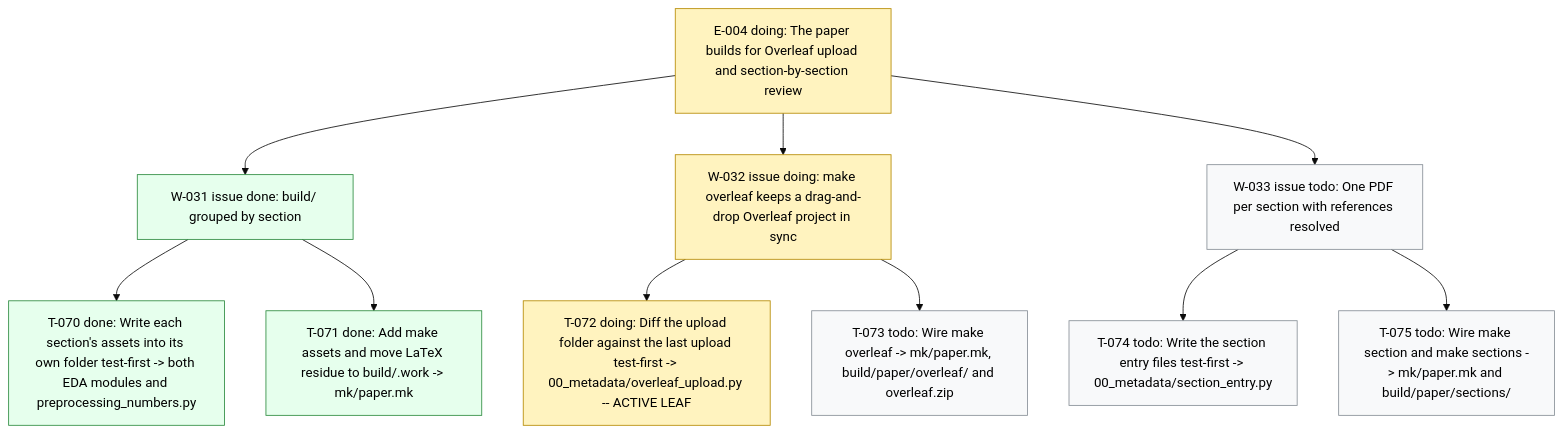
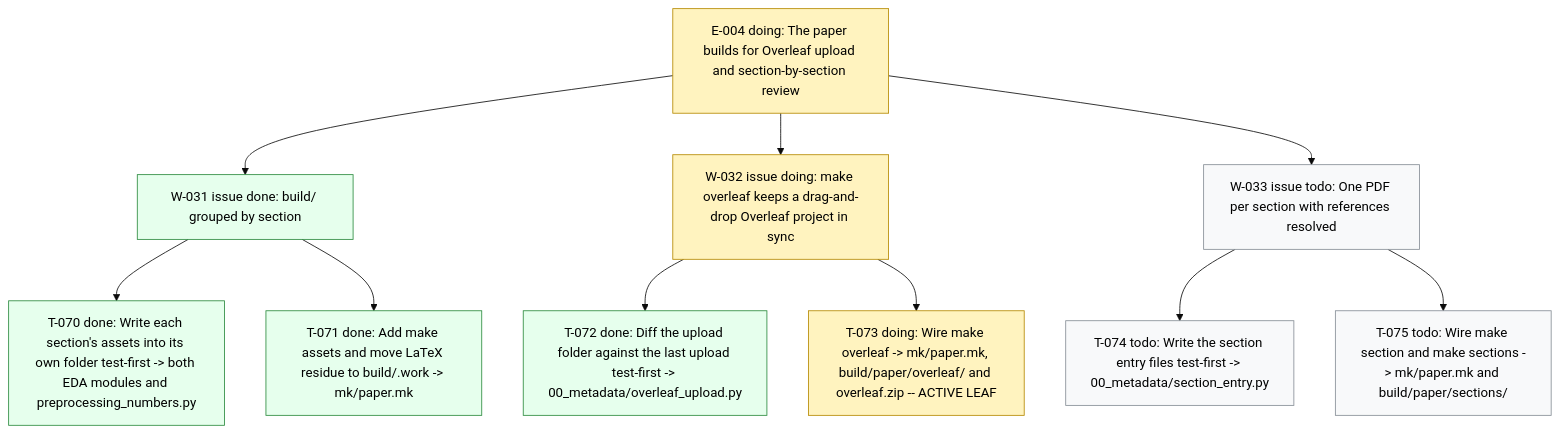
Before and after one commit to dpopchev/surrogate-models: the diagram in .board/BOARD.md, drawn with Mermaid (base theme). The commit also changed other lines of this file and 5 other files, not shown here.

First line of the commit message:
build(paper): add make overleaf with its added and removed report

````diff
--- a/.board/BOARD.md
+++ b/.board/BOARD.md
@@ -216,21 +216,21 @@
 ```mermaid
 flowchart TD
   E004["E-004 doing: The paper builds for Overleaf upload and section-by-section review"]
   E004 --> W031["W-031 issue done: build/ grouped by section"]
   W031 --> T070["T-070 done: Write each section's assets into its own folder test-first -> both EDA modules and preprocessing_numbers.py"]
   W031 --> T071["T-071 done: Add make assets and move LaTeX residue to build/.work -> mk/paper.mk"]
   E004 --> W032["W-032 issue doing: make overleaf keeps a drag-and-drop Overleaf project in sync"]
-  W032 --> T072["T-072 doing: Diff the upload folder against the last upload test-first -> 00_metadata/overleaf_upload.py -- ACTIVE LEAF"]
-  W032 --> T073["T-073 todo: Wire make overleaf -> mk/paper.mk, build/paper/overleaf/ and overleaf.zip"]
+  W032 --> T072["T-072 done: Diff the upload folder against the last upload test-first -> 00_metadata/overleaf_upload.py"]
+  W032 --> T073["T-073 doing: Wire make overleaf -> mk/paper.mk, build/paper/overleaf/ and overleaf.zip -- ACTIVE LEAF"]
   E004 --> W033["W-033 issue todo: One PDF per section with references resolved"]
   W033 --> T074["T-074 todo: Write the section entry files test-first -> 00_metadata/section_entry.py"]
   W033 --> T075["T-075 todo: Wire make section and make sections -> mk/paper.mk and build/paper/sections/"]
   classDef doing fill:#fff3bf,stroke:#b58900,color:#000;
   classDef blocked fill:#ffe3e3,stroke:#c92a2a,color:#000;
   classDef done fill:#e6ffed,stroke:#2b8a3e,color:#000;
   classDef todo fill:#f8f9fa,stroke:#868e96,color:#000;
   classDef pruned fill:#f1f3f5,stroke:#adb5bd,color:#000;
-  class E004,W032,T072 doing
-  class W031,T070,T071 done
-  class T073,W033,T074,T075 todo
+  class E004,W032,T073 doing
+  class W031,T070,T071,T072 done
+  class W033,T074,T075 todo
 ```
````
